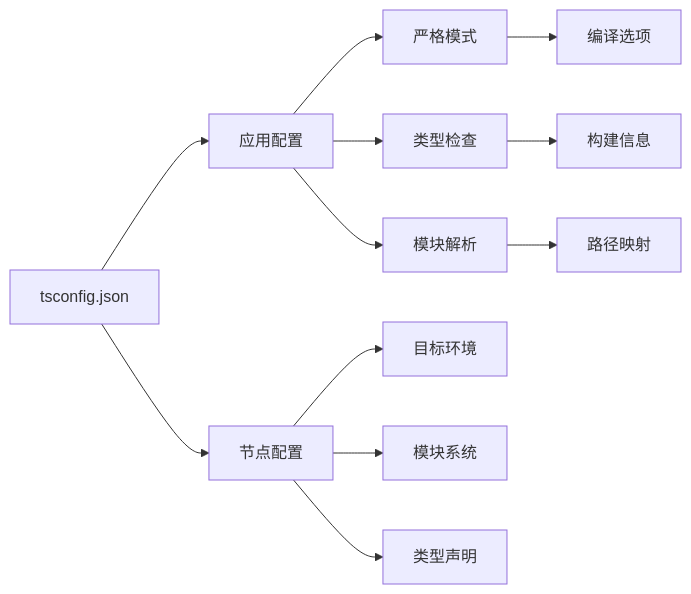
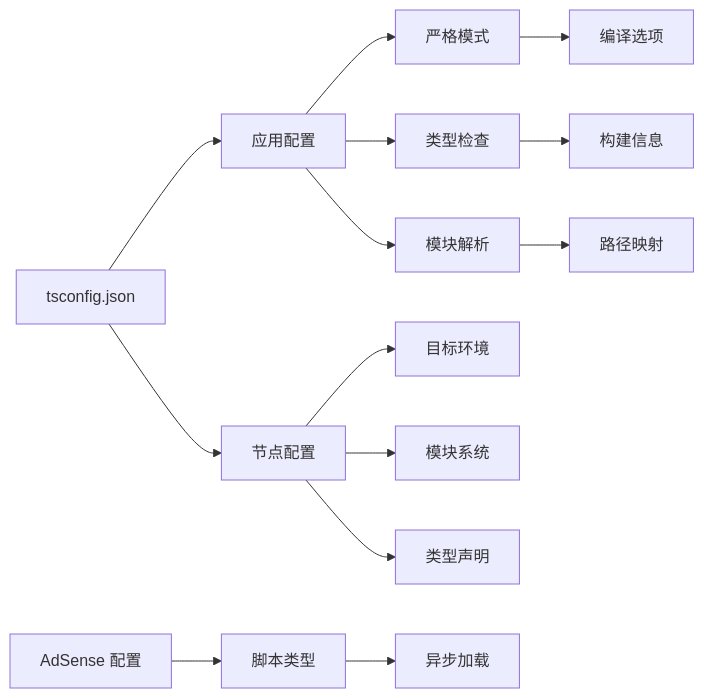
One commit to mrancc/reimagined-journey changed the tenth of 21 diagrams in .qoder/repowiki/zh/content/部署指南.md. Above: the diagram before and after it, drawn with Mermaid. The commit also changed other lines of this file and 3 other files, not shown here.

````diff
--- a/.qoder/repowiki/zh/content/部署指南.md
+++ b/.qoder/repowiki/zh/content/部署指南.md
@@ -330,14 +363,16 @@
 ```mermaid
 graph LR
 A[tsconfig.json] --> B[应用配置]
 A --> C[节点配置]
 B --> D[严格模式]
 B --> E[类型检查]
 B --> F[模块解析]
 C --> G[目标环境]
 C --> H[模块系统]
 C --> I[类型声明]
 D --> J[编译选项]
 E --> K[构建信息]
 F --> L[路径映射]
+M[AdSense 配置] --> N[脚本类型]
+N --> O[异步加载]
 ```
````
